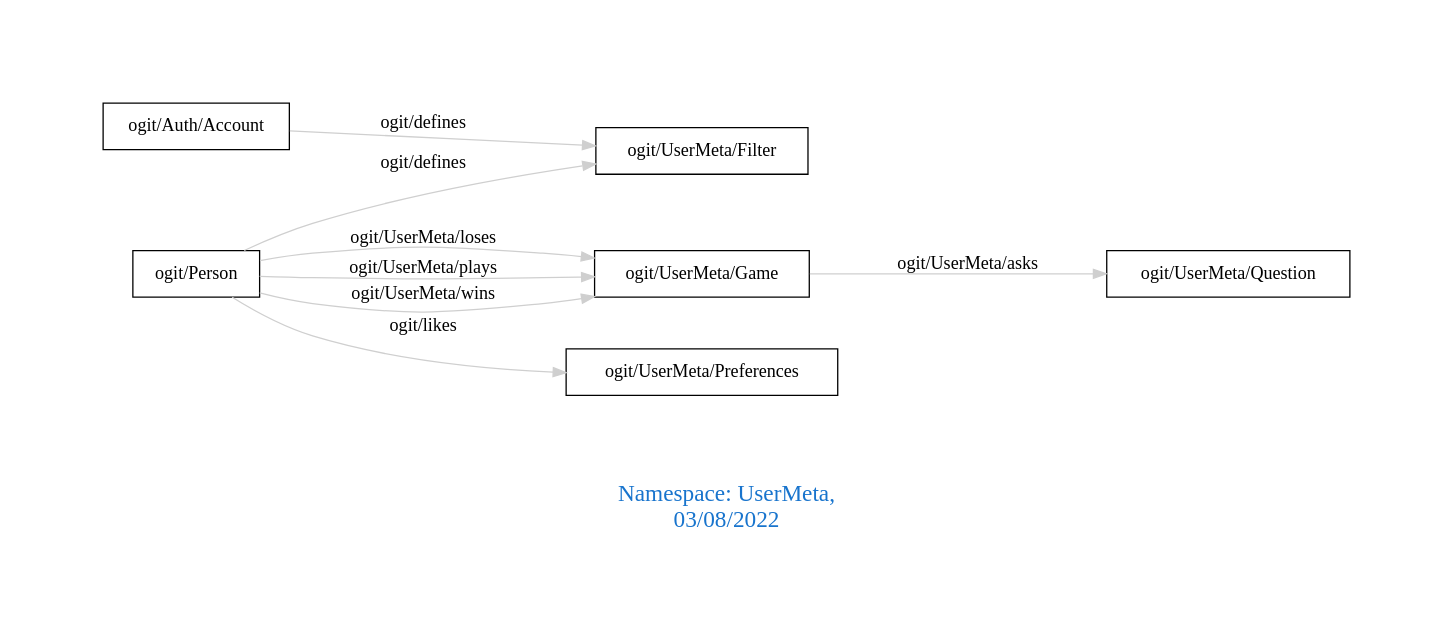
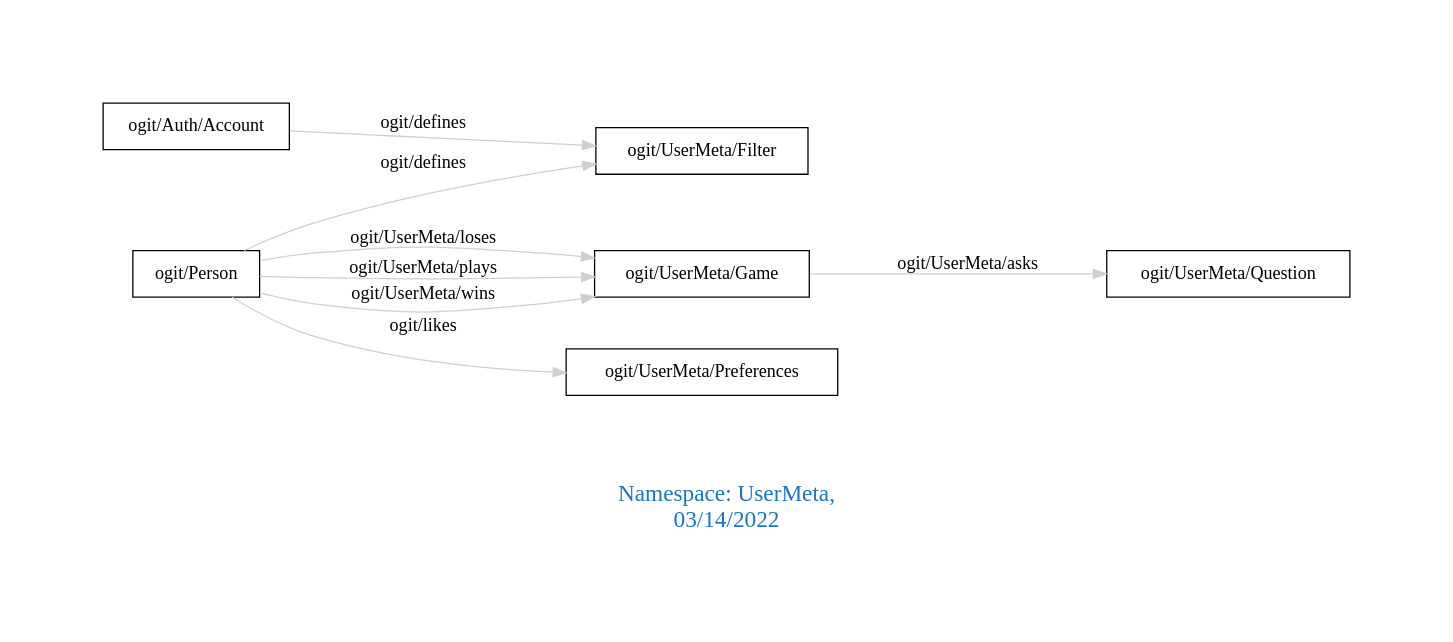
One commit to arago/OGIT changed the diagram in downloads/UserMeta.dot. Above: the diagram before and after it, drawn with Graphviz. The commit also changed 1906 other files, not shown here.

```diff
--- a/downloads/UserMeta.dot
+++ b/downloads/UserMeta.dot
@@ -1,15 +1,15 @@
 digraph OGIT_ontology {
  graph [ rankdir= LR,pad=1 
 fontsize = 18,
-fontcolor= dodgerblue3,label = "\n\n\nNamespace: UserMeta, \n 03/08/2022"];
+fontcolor= dodgerblue3,label = "\n\n\nNamespace: UserMeta, \n 03/14/2022"];
 node[shape=polygon];
 edge [  color="gray81"];
 
    "ogit/Auth/Account" -> "ogit/UserMeta/Filter" [label="   ogit/defines    "];
    "ogit/Person" -> "ogit/UserMeta/Filter" [label="   ogit/defines    "];
    "ogit/UserMeta/Game" -> "ogit/UserMeta/Question" [label="   ogit/UserMeta/asks    "];
    "ogit/Person" -> "ogit/UserMeta/Preferences" [label="   ogit/likes    "];
    "ogit/Person" -> "ogit/UserMeta/Game" [label="   ogit/UserMeta/loses    "];
    "ogit/Person" -> "ogit/UserMeta/Game" [label="   ogit/UserMeta/plays    "];
    "ogit/Person" -> "ogit/UserMeta/Game" [label="   ogit/UserMeta/wins    "];
 }
```
